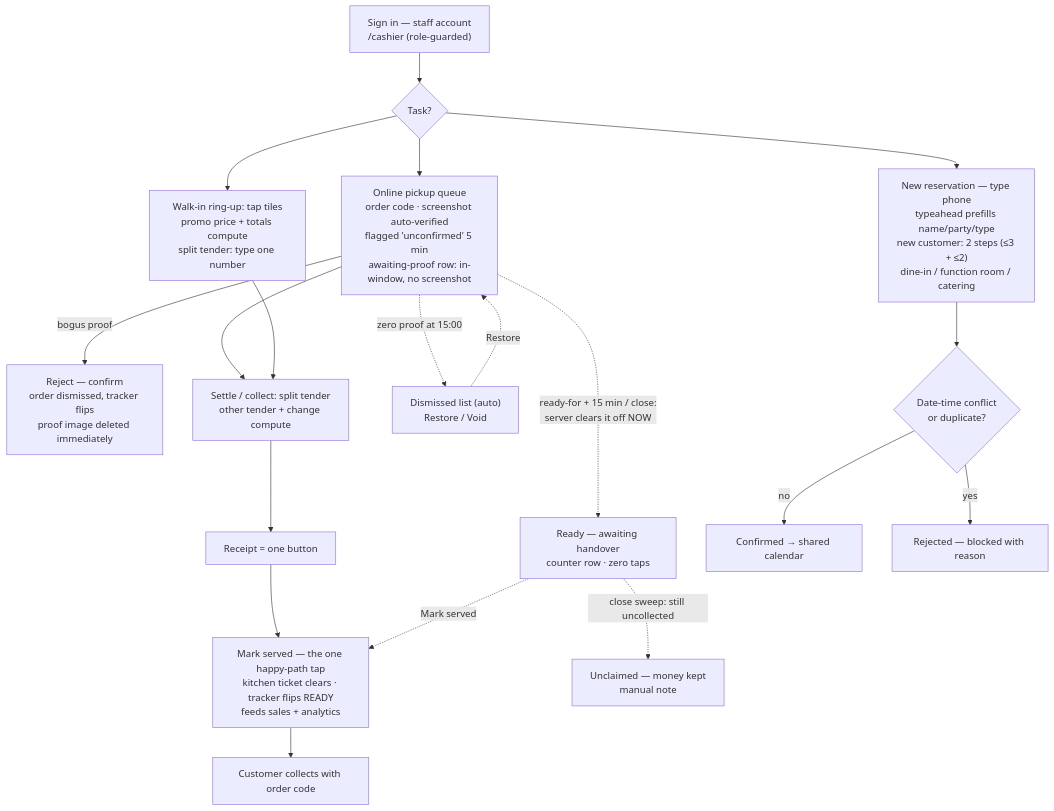
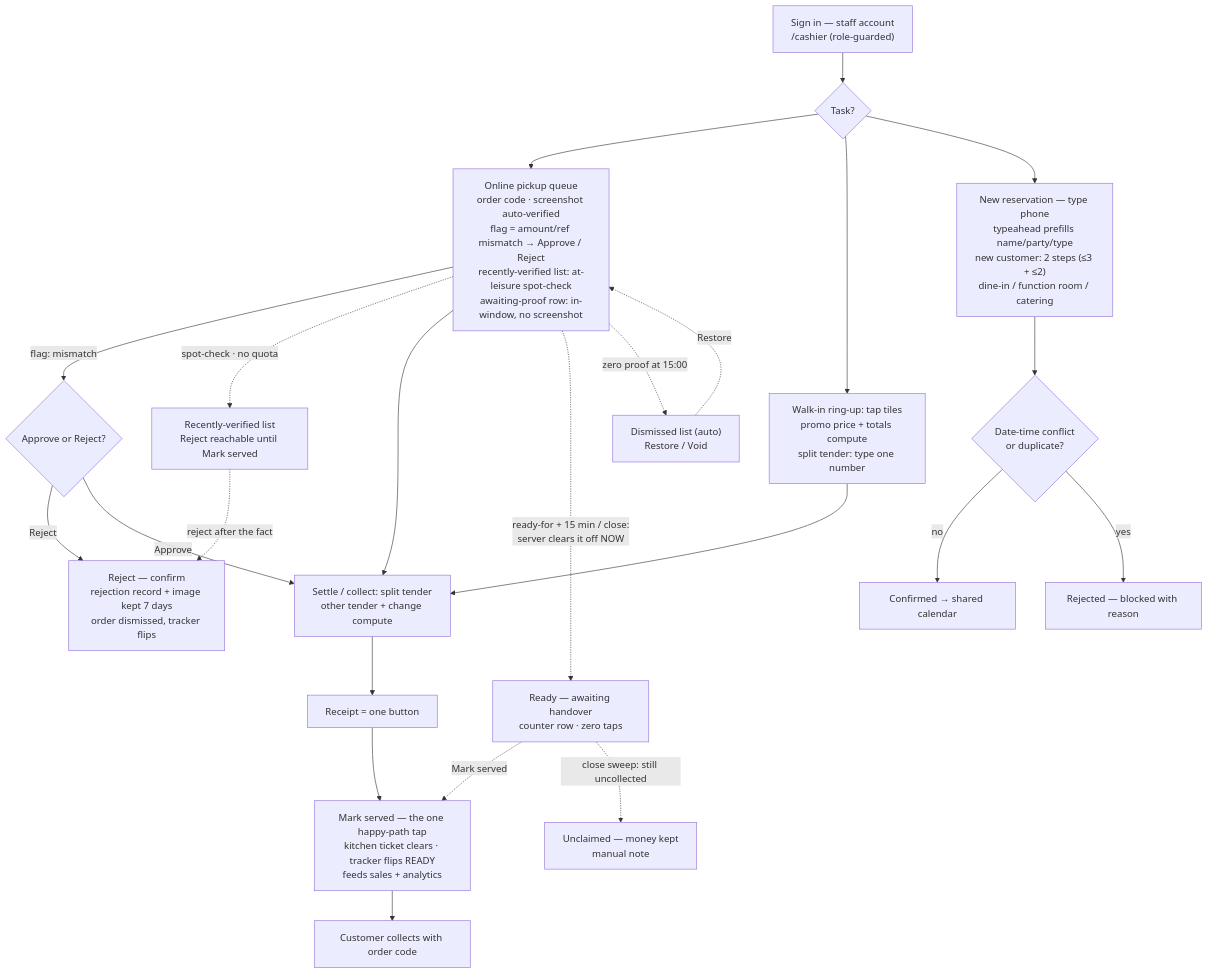
One commit to S1NXIAN/CRNP changed the diagram in docs/flow-charts/cashier.md. Above: the diagram before and after it, drawn with Mermaid. The commit also changed other lines of this file and 5 other files, not shown here.

````diff
--- a/docs/flow-charts/cashier.md
+++ b/docs/flow-charts/cashier.md
@@ -6,21 +7,25 @@
 ```mermaid
 flowchart TD
     A["Sign in — staff account<br/>/cashier (role-guarded)"] --> B{"Task?"}
-    B --> C["Online pickup queue<br/>order code · screenshot auto-verified<br/>flagged 'unconfirmed' 5 min<br/>awaiting-proof row: in-window, no screenshot"]
+    B --> C["Online pickup queue<br/>order code · screenshot auto-verified<br/>flag = amount/ref mismatch → Approve / Reject<br/>recently-verified list: at-leisure spot-check<br/>awaiting-proof row: in-window, no screenshot"]
     B --> D["Walk-in ring-up: tap tiles<br/>promo price + totals compute<br/>split tender: type one number"]
     B --> E["New reservation — type phone<br/>typeahead prefills name/party/type<br/>new customer: 2 steps (≤3 + ≤2)<br/>dine-in / function room / catering"]
-    C -->|"bogus proof"| R["Reject — confirm<br/>order dismissed, tracker flips<br/>proof image deleted immediately"]
+    C -->|"flag: mismatch"| V{"Approve or Reject?"}
+    V -->|"Reject"| R["Reject — confirm<br/>rejection record + image kept 7 days<br/>order dismissed, tracker flips"]
+    V -->|"Approve"| F
+    C -.->|"spot-check · no quota"| SV["Recently-verified list<br/>Reject reachable until Mark served"]
+    SV -.->|"reject after the fact"| R
     C --> F["Settle / collect: split tender<br/>other tender + change compute"]
     D --> F
     F --> G["Receipt = one button"]
     G --> H["Mark served — the one happy-path tap<br/>kitchen ticket clears · tracker flips READY<br/>feeds sales + analytics"]
     H --> I["Customer collects with order code"]
     C -.->|"ready-for + 15 min / close:<br/>server clears it off NOW"| W["Ready — awaiting handover<br/>counter row · zero taps"]
     W -.->|"Mark served"| H
     W -.->|"close sweep: still uncollected"| U["Unclaimed — money kept<br/>manual note"]
     C -.->|"zero proof at 15:00"| X["Dismissed list (auto)<br/>Restore / Void"]
     X -.->|"Restore"| C
     E --> J{"Date-time conflict<br/>or duplicate?"}
     J -->|"no"| K["Confirmed → shared calendar"]
     J -->|"yes"| L["Rejected — blocked with reason"]
 ```
````
